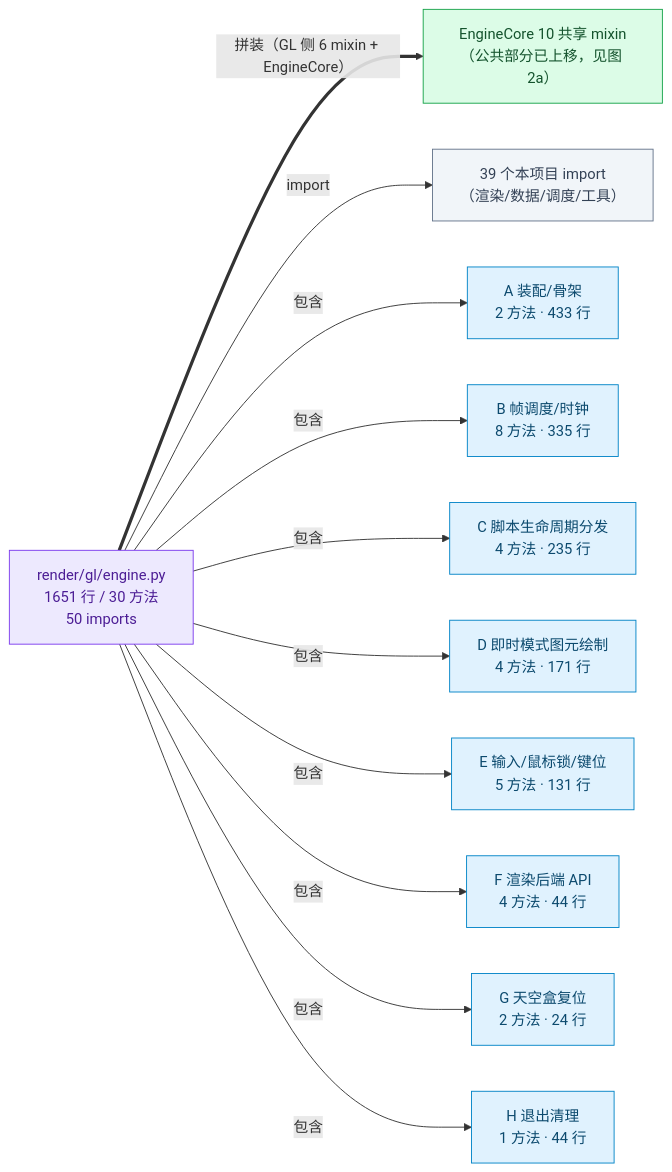
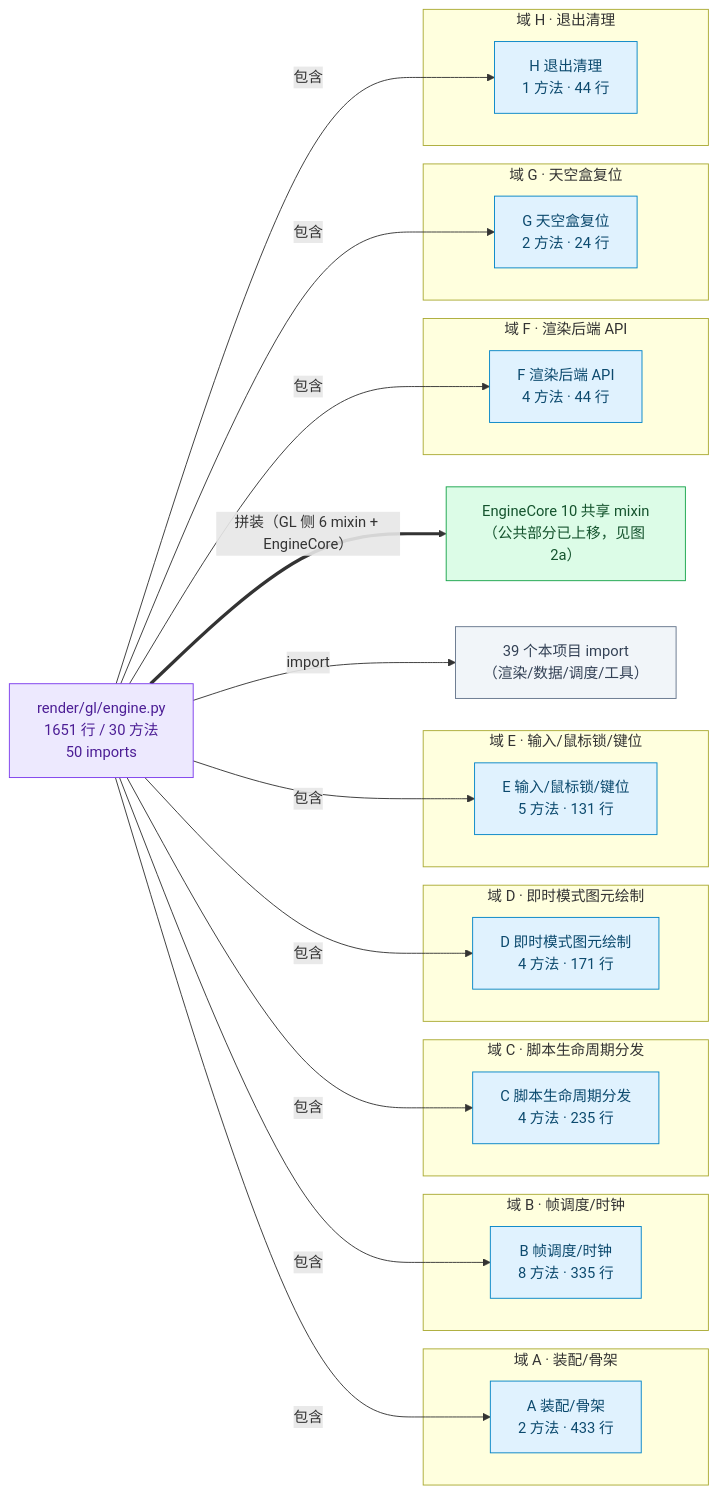
One commit to lhy302/WeaveEngine changed diagram 16 of 23 in ARCHITECTURE.md. Above: the diagram before and after it, drawn with Mermaid. The commit also changed other lines of this file, not shown here.

Commit message:
docs: 图 8~14 全部改为功能模块分框结构（含事实实测刷新）

````diff
--- a/ARCHITECTURE.md
+++ b/ARCHITECTURE.md
@@ -1058,28 +1104,44 @@
 ```mermaid
 flowchart LR
   E["render/gl/engine.py<br/>1651 行 / 30 方法<br/>50 imports"]:::hub
   M["EngineCore 10 共享 mixin<br/>（公共部分已上移，见图 2a）"]:::impl
   P["39 个本项目 import<br/>（渲染/数据/调度/工具）"]:::file
-  D1["A 装配/骨架<br/>2 方法 · 433 行"]:::dom
-  D2["B 帧调度/时钟<br/>8 方法 · 335 行"]:::dom
-  D3["C 脚本生命周期分发<br/>4 方法 · 235 行"]:::dom
-  D4["D 即时模式图元绘制<br/>4 方法 · 171 行"]:::dom
-  D5["E 输入/鼠标锁/键位<br/>5 方法 · 131 行"]:::dom
-  D6["F 渲染后端 API<br/>4 方法 · 44 行"]:::dom
-  D7["G 天空盒复位<br/>2 方法 · 24 行"]:::dom
-  D8["H 退出清理<br/>1 方法 · 44 行"]:::dom
+  subgraph DA["域 A · 装配/骨架"]
+    D1["A 装配/骨架<br/>2 方法 · 433 行"]:::dom
+  end
+  subgraph DB["域 B · 帧调度/时钟"]
+    D2["B 帧调度/时钟<br/>8 方法 · 335 行"]:::dom
+  end
+  subgraph DC["域 C · 脚本生命周期分发"]
+    D3["C 脚本生命周期分发<br/>4 方法 · 235 行"]:::dom
+  end
+  subgraph DD["域 D · 即时模式图元绘制"]
+    D4["D 即时模式图元绘制<br/>4 方法 · 171 行"]:::dom
+  end
+  subgraph DE["域 E · 输入/鼠标锁/键位"]
+    D5["E 输入/鼠标锁/键位<br/>5 方法 · 131 行"]:::dom
+  end
+  subgraph DF["域 F · 渲染后端 API"]
+    D6["F 渲染后端 API<br/>4 方法 · 44 行"]:::dom
+  end
+  subgraph DG["域 G · 天空盒复位"]
+    D7["G 天空盒复位<br/>2 方法 · 24 行"]:::dom
+  end
+  subgraph DH["域 H · 退出清理"]
+    D8["H 退出清理<br/>1 方法 · 44 行"]:::dom
+  end
   E ==>|拼装（GL 侧 6 mixin + EngineCore）| M
   E -->|import| P
   E -->|包含| D1
   E -->|包含| D2
   E -->|包含| D3
   E -->|包含| D4
   E -->|包含| D5
   E -->|包含| D6
   E -->|包含| D7
   E -->|包含| D8
   classDef hub fill:#ede9fe,stroke:#7c3aed,color:#4c1d95
   classDef impl fill:#dcfce7,stroke:#16a34a,color:#14532d
   classDef dom fill:#e0f2fe,stroke:#0284c7,color:#0c4a6e
   classDef file fill:#f1f5f9,stroke:#64748b,color:#334155
 ```
````
